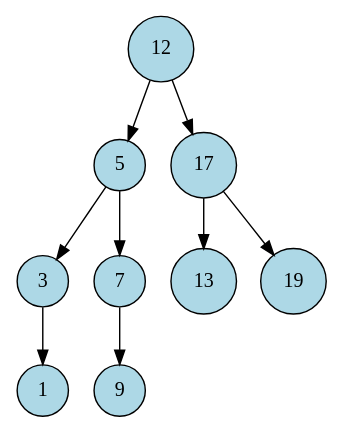
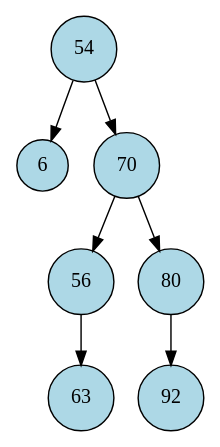
The diagram in src/Graphviz/dotFiles/ArvoreBinGerado.dot (GustaSch/TrabalhoGA_Algoritmos3), drawn with Graphviz before and after one commit. The commit also changed 3 other files, not shown here.

```diff
--- a/src/Graphviz/dotFiles/ArvoreBinGerado.dot
+++ b/src/Graphviz/dotFiles/ArvoreBinGerado.dot
@@ -1,4 +1,4 @@
 digraph ArvoreBinaria {
 node [shape=circle, style=filled, color=black, fillcolor="#Add8e6"];
-edge [color=black];12 -> 5;12 -> 17;5 -> 3;5 -> 7;3 -> 1;7 -> 9;17 -> 13;17 -> 19;
+edge [color=black];54 -> 6;54 -> 70;70 -> 56;70 -> 80;56 -> 63;80 -> 92;
 }
```
